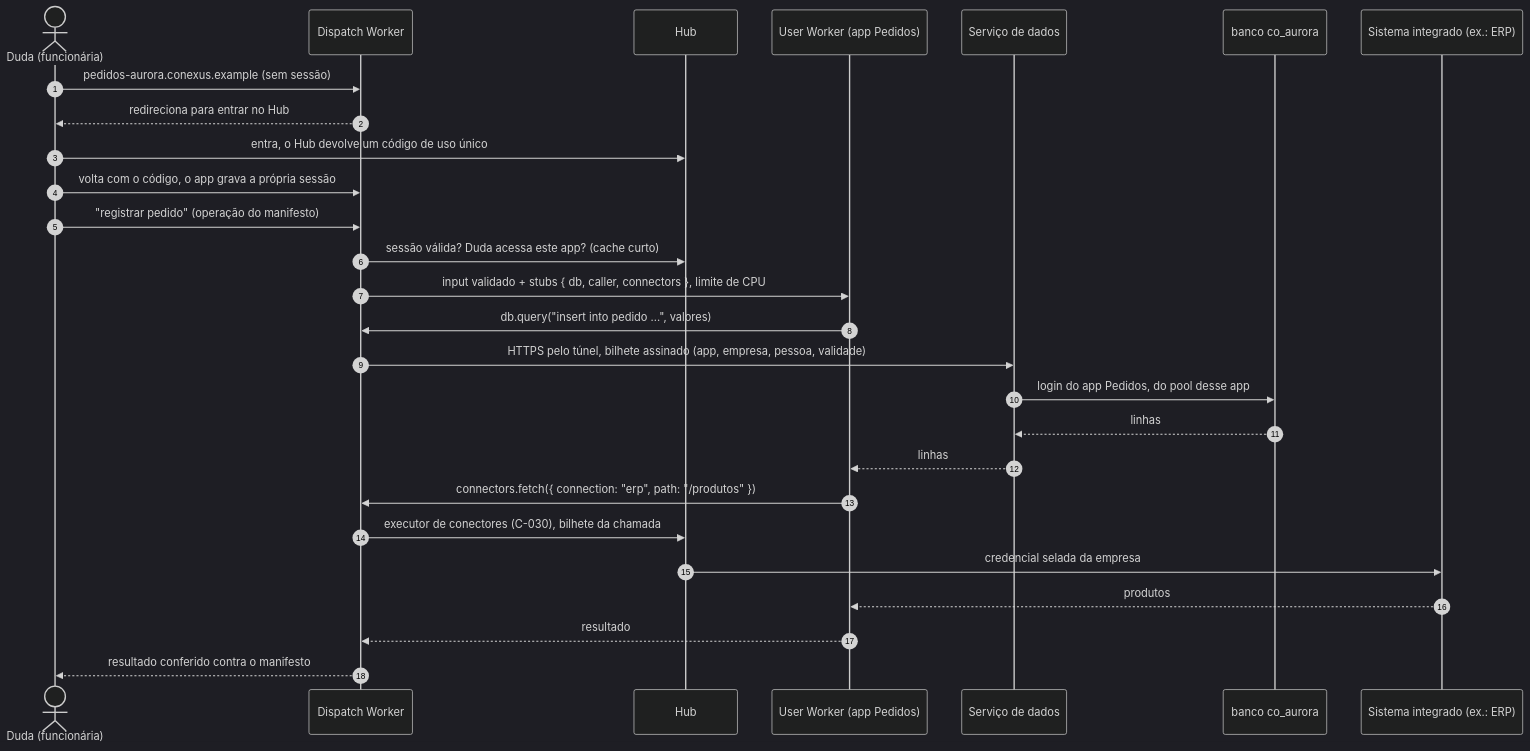
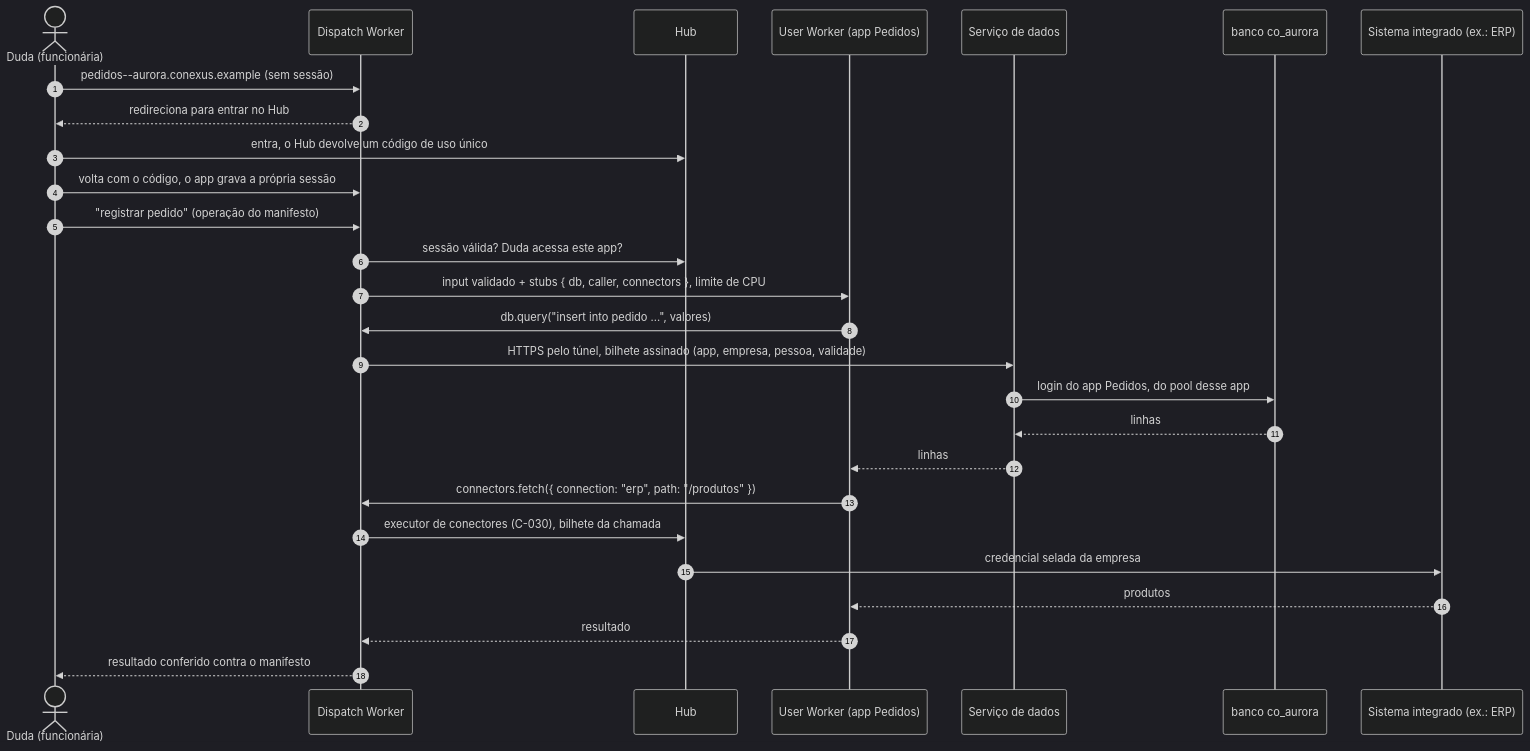
The eighth of 8 diagrams in docs/research/architecture/target-design.md (developmentconexus-ops/conexus-os), drawn with Mermaid (dark theme) before and after one commit. The commit also changed other lines of this file and 8 other files, not shown here.

````diff
--- a/docs/research/architecture/target-design.md
+++ b/docs/research/architecture/target-design.md
@@ -398,29 +398,29 @@
 ```mermaid
 sequenceDiagram
   autonumber
   actor Duda as Duda (funcionária)
   participant D as Dispatch Worker
   participant Hub as Hub
   participant U as User Worker (app Pedidos)
   participant S as Serviço de dados
   participant N as banco co_aurora
   participant ERP as Sistema integrado (ex.: ERP)
-  Duda->>D: pedidos-aurora.conexus.example (sem sessão)
+  Duda->>D: pedidos--aurora.conexus.example (sem sessão)
   D-->>Duda: redireciona para entrar no Hub
   Duda->>Hub: entra, o Hub devolve um código de uso único
   Duda->>D: volta com o código, o app grava a própria sessão
   Duda->>D: "registrar pedido" (operação do manifesto)
-  D->>Hub: sessão válida? Duda acessa este app? (cache curto)
+  D->>Hub: sessão válida? Duda acessa este app?
   D->>U: input validado + stubs { db, caller, connectors }, limite de CPU
   U->>D: db.query("insert into pedido ...", valores)
   D->>S: HTTPS pelo túnel, bilhete assinado (app, empresa, pessoa, validade)
   S->>N: login do app Pedidos, do pool desse app
   N-->>S: linhas
   S-->>U: linhas
   U->>D: connectors.fetch({ connection: "erp", path: "/produtos" })
   D->>Hub: executor de conectores (C-030), bilhete da chamada
   Hub->>ERP: credencial selada da empresa
   ERP-->>U: produtos
   U-->>D: resultado
   D-->>Duda: resultado conferido contra o manifesto
 ```
````
